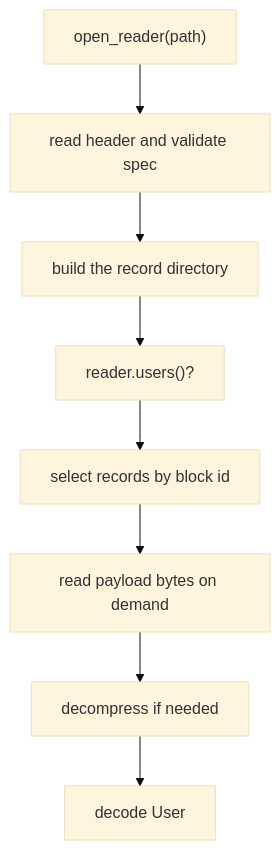
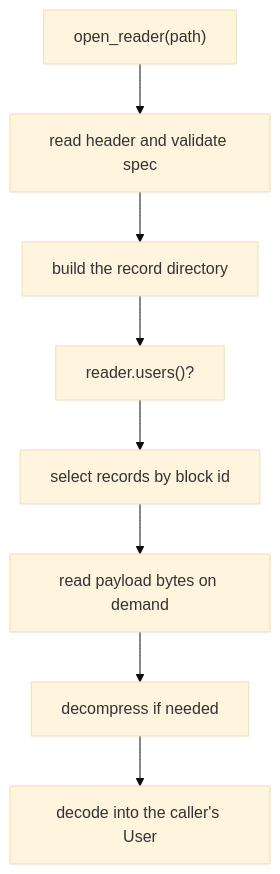
Before and after one commit to shim9610/varlit: the fourth of 8 diagrams in docs/how-it-works.md, drawn with Mermaid (base theme). The commit also changed other lines of this file and 11 other files, not shown here.

````diff
--- a/docs/how-it-works.md
+++ b/docs/how-it-works.md
@@ -138,10 +138,10 @@
 ```mermaid
 flowchart TD
     A["open_reader(path)"] --> B["read header and validate spec"]
     B --> C["build the record directory"]
     C --> D["reader.users()?"]
     D --> E["select records by block id"]
     E --> F["read payload bytes on demand"]
     F --> G["decompress if needed"]
-    G --> H["decode User"]
+    G --> H["decode into the caller's User"]
 ```
````
